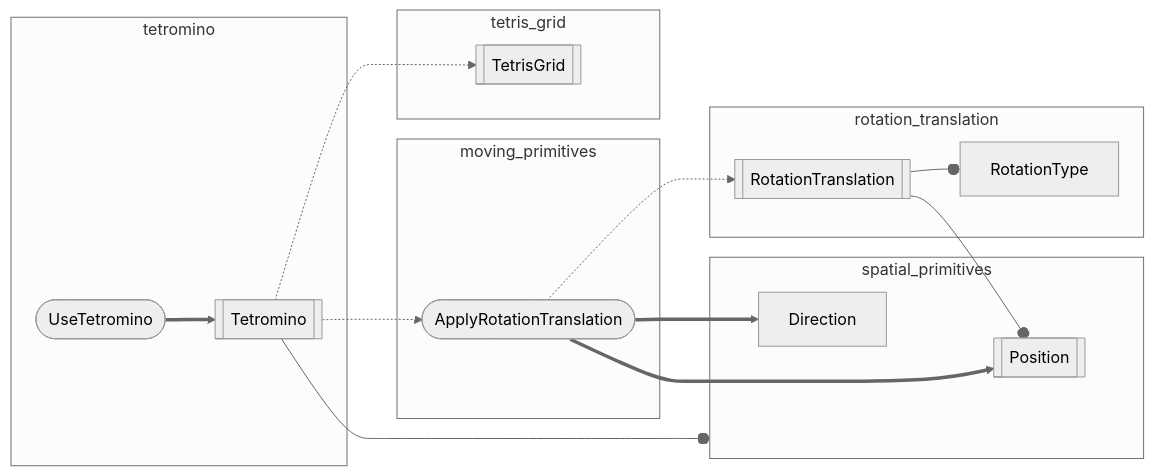
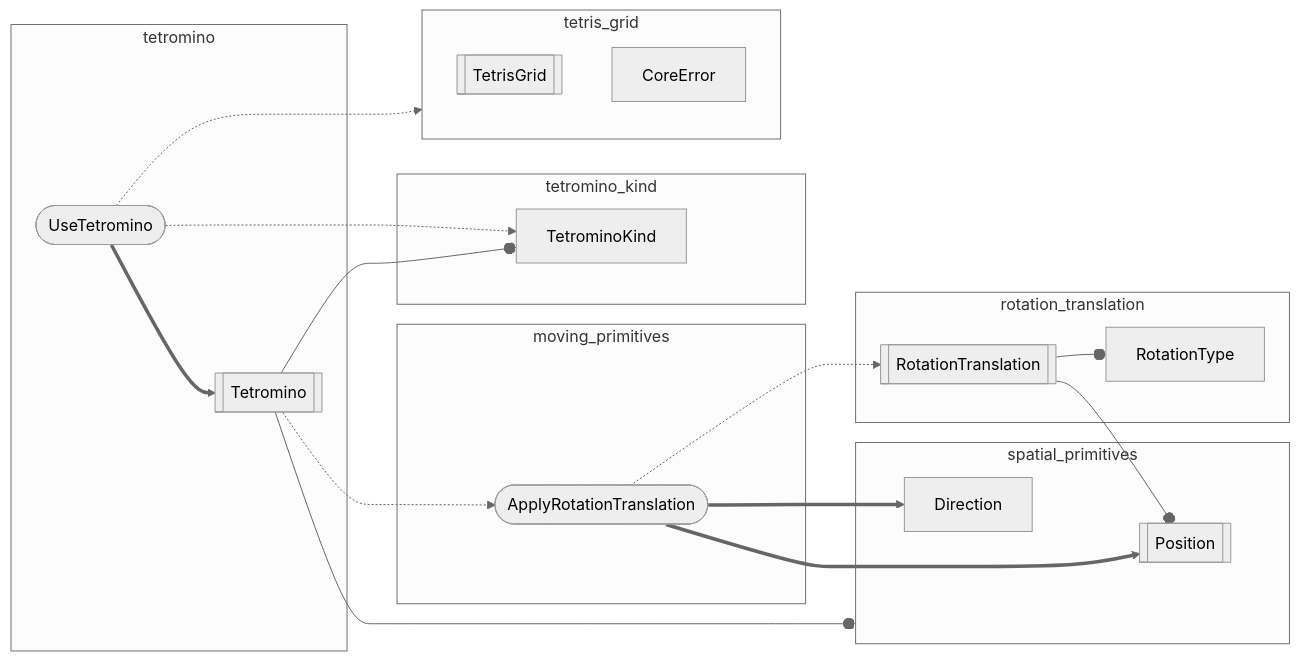
The first of 2 diagrams in src/app/player/core/flowgraph.md (inesvar/tetris), drawn with Mermaid (neutral theme) before and after one commit. The commit also changed other lines of this file and 4 other files, not shown here.

Commit message:
Update mermaid diagrams

````diff
--- a/src/app/player/core/flowgraph.md
+++ b/src/app/player/core/flowgraph.md
@@ -3,47 +3,58 @@
 ```mermaid
 graph LR
     %% objects
     Position[[Position]]
     Direction[Direction]
     RotationTranslation[[RotationTranslation]]
     RotationType[RotationType]
     ApplyRotationTranslation([ApplyRotationTranslation])
     TetrisGrid[[TetrisGrid]]
     Tetromino[[Tetromino]]
     UseTetromino([UseTetromino])
+    CoreError[CoreError]
+    TetrominoKind[TetrominoKind]
 
     %% modules
     spatial_primitives[spatial_primitives]
     rotation_translation[rotation_translation]
     moving_primitives[moving_primitives]
     tetromino[tetromino]
+    tetromino_kind[tetromino_kind]
 
     subgraph spatial_primitives
         Direction ~~~ Position
     end
-    
 
     subgraph rotation_translation
         RotationTranslation --o RotationType
     end
 
     RotationTranslation --o Position
 
     subgraph moving_primitives
         ApplyRotationTranslation
     end
 
     ApplyRotationTranslation ==> Position & Direction
     ApplyRotationTranslation -.-> RotationTranslation
 
-    subgraph tetris_grid
-        TetrisGrid
-    end
-
     subgraph tetromino
         UseTetromino ==> Tetromino
     end
 
-    Tetromino --o spatial_primitives
-    Tetromino -.-> ApplyRotationTranslation & TetrisGrid
+    Tetromino -.-> ApplyRotationTranslation
+
+    subgraph tetromino_kind
+        TetrominoKind
+    end
+
+    subgraph tetris_grid
+        TetrisGrid
+        CoreError
+    end
+
+    Tetromino ~~~ tetris_grid
+
+    UseTetromino -.-> tetris_grid & TetrominoKind
+    Tetromino --o spatial_primitives & TetrominoKind
 ```
````
